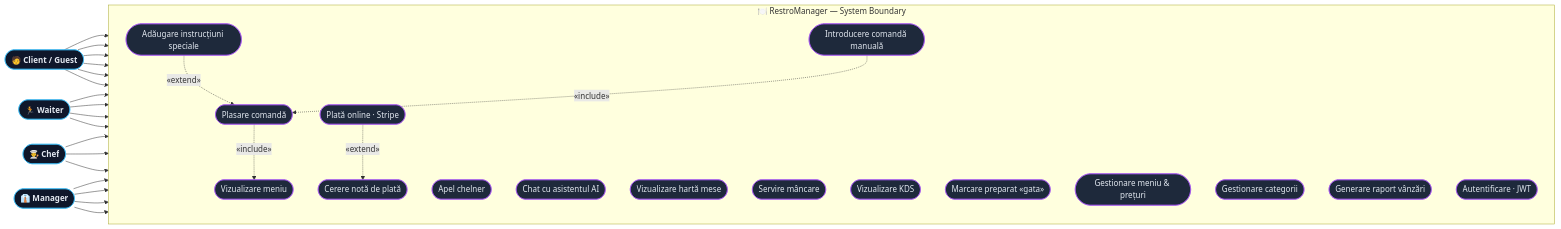
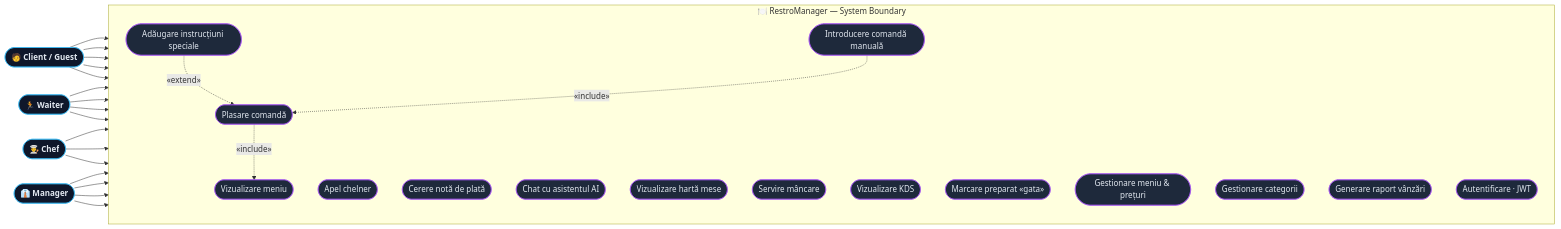
The first of 7 diagrams in README.md (RobertJmek/RestroManager), drawn with Mermaid before and after one commit. The commit also changed other lines of this file and 1 other file, not shown here.

First line of the commit message:
chore: remove Stripe payment references (deferred to future work)

````diff
--- a/README.md
+++ b/README.md
@@ -40,68 +40,65 @@
 ```mermaid
 flowchart LR
     %% Actori
     CLIENT(["🧑 Client / Guest"])
     WAITER(["🏃 Waiter"])
     CHEF(["👨‍🍳 Chef"])
     MANAGER(["👔 Manager"])
 
     subgraph SYS ["🍽️ RestroManager — System Boundary"]
         direction TB
         UC_MENU(["Vizualizare meniu"])
         UC_INSTR(["Adăugare instrucțiuni speciale"])
         UC_ORDER(["Plasare comandă"])
         UC_CALL(["Apel chelner"])
         UC_BILL(["Cerere notă de plată"])
         UC_AI(["Chat cu asistentul AI"])
-        UC_PAY(["Plată online · Stripe"])
 
         UC_FLOOR(["Vizualizare hartă mese"])
         UC_MANUAL(["Introducere comandă manuală"])
         UC_SERVE(["Servire mâncare"])
 
         UC_KDS(["Vizualizare KDS"])
         UC_READY(["Marcare preparat «gata»"])
 
         UC_MENUMGMT(["Gestionare meniu & prețuri"])
         UC_CAT(["Gestionare categorii"])
         UC_REPORT(["Generare raport vânzări"])
 
         UC_AUTH(["Autentificare · JWT"])
     end
 
     %% Client / Guest
     CLIENT --> UC_MENU
     CLIENT --> UC_ORDER
     CLIENT --> UC_CALL
     CLIENT --> UC_BILL
     CLIENT --> UC_AI
-    CLIENT --> UC_PAY
 
     %% Waiter
     WAITER --> UC_AUTH
     WAITER --> UC_FLOOR
     WAITER --> UC_MANUAL
     WAITER --> UC_SERVE
 
     %% Chef
     CHEF --> UC_AUTH
     CHEF --> UC_KDS
     CHEF --> UC_READY
 
     %% Manager
     MANAGER --> UC_AUTH
     MANAGER --> UC_MENUMGMT
     MANAGER --> UC_CAT
     MANAGER --> UC_REPORT
 
     %% Relații UML «include» / «extend»
     UC_ORDER -.->|"«include»"| UC_MENU
     UC_INSTR -.->|"«extend»"| UC_ORDER
-    UC_PAY -.->|"«extend»"| UC_BILL
     UC_MANUAL -.->|"«include»"| UC_ORDER
 
     classDef actor fill:#0f172a,stroke:#38bdf8,color:#e2e8f0,font-weight:bold
     classDef usecase fill:#1e293b,stroke:#a855f7,color:#e2e8f0
     class CLIENT,WAITER,CHEF,MANAGER actor
-    class UC_MENU,UC_INSTR,UC_ORDER,UC_CALL,UC_BILL,UC_AI,UC_PAY,UC_FLOOR,UC_MANUAL,UC_SERVE,UC_KDS,UC_READY,UC_MENUMGMT,UC_CAT,UC_REPORT,UC_AUTH usecase
+    class UC_MENU,UC_INSTR,UC_ORDER,UC_CALL,UC_BILL,UC_AI,UC_FLOOR,UC_MANUAL,UC_SERVE,UC_KDS,UC_READY,UC_MENUMGMT,UC_CAT,UC_REPORT,UC_AUTH usecase
 ```
````
